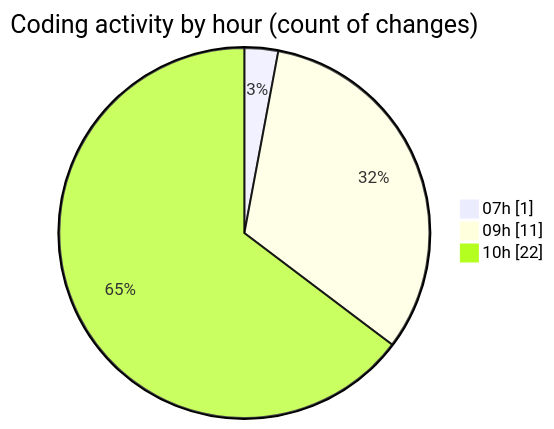
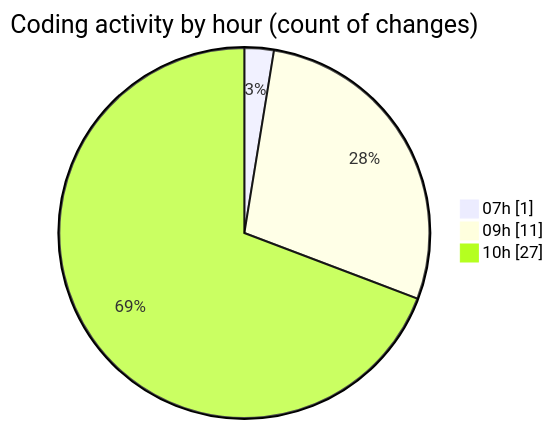
The second of 2 diagrams in 2026-02-17/id_ia/README.md (becaeroporto-bot/code-tracking), drawn with Mermaid before and after one commit. The commit also changed other lines of this file and 1 other file, not shown here.

````diff
--- a/2026-02-17/id_ia/README.md
+++ b/2026-02-17/id_ia/README.md
@@ -40,7 +43,7 @@
 ```mermaid
 pie showData
 title Coding activity by hour (count of changes)
 "07h" : 1
 "09h" : 11
-"10h" : 22
+"10h" : 27
 ```
````
